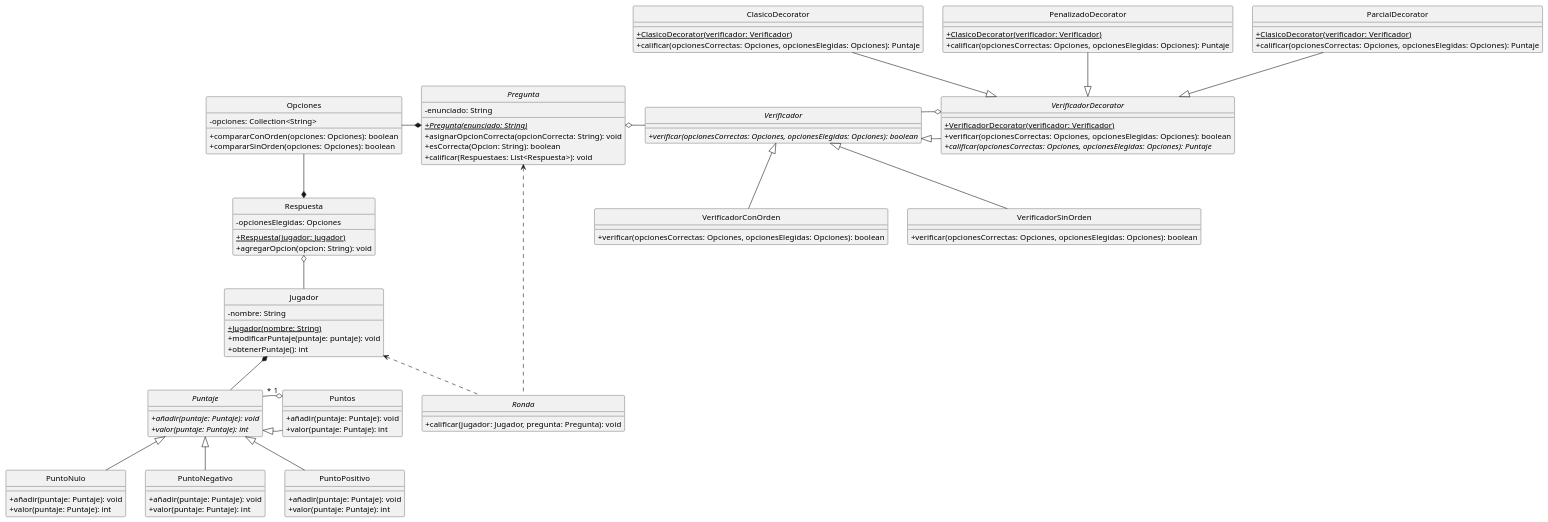
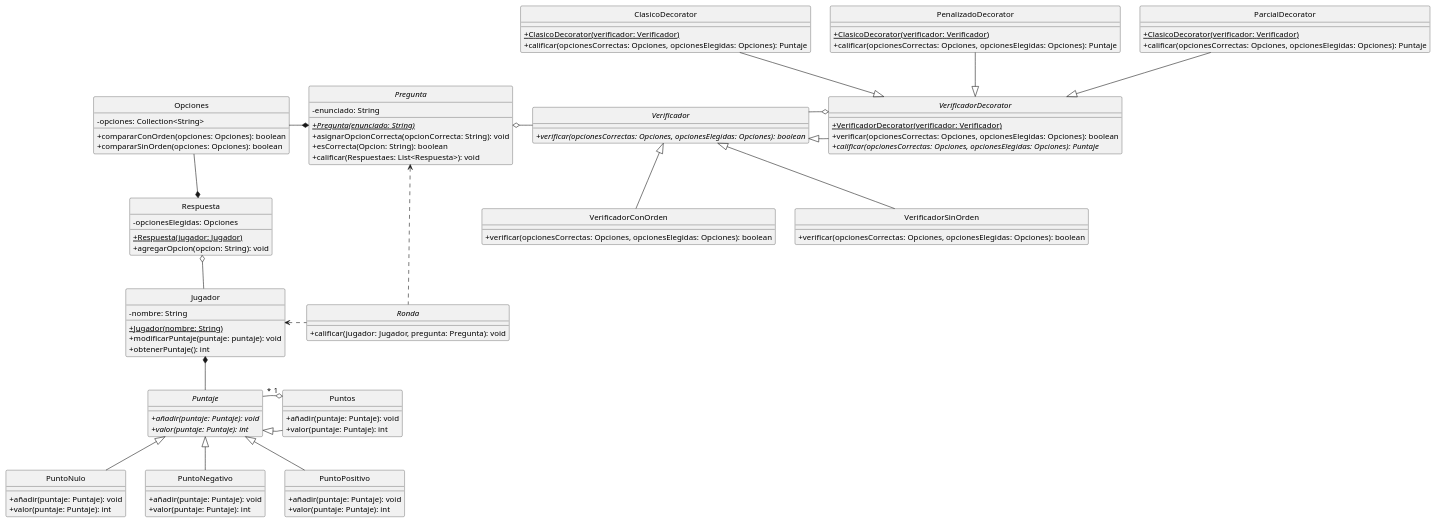
The diagram in src/main/java/edu/fiuba/algo3/modelo/diagramas/ModeloPosibleRefactorizacion.puml (AmayaSantos/TP2-1), drawn with PlantUML before and after one commit.

Commit message:
un detalle en el DC

```diff
--- a/src/main/java/edu/fiuba/algo3/modelo/diagramas/ModeloPosibleRefactorizacion.puml
+++ b/src/main/java/edu/fiuba/algo3/modelo/diagramas/ModeloPosibleRefactorizacion.puml
@@ -1,116 +1,116 @@
 @startuml
 hide circle
 skinparam classAttributeIconSize 0
 
 'Clases
 Class Opciones{
     -opciones: Collection<String>
     +compararConOrden(opciones: Opciones): boolean
     +compararSinOrden(opciones: Opciones): boolean
 }
 
 Abstract Class Pregunta{
     -enunciado: String
     +{abstract}{static}Pregunta(enunciado: String)
     +asignarOpcionCorrecta(opcionCorrecta: String): void
     +esCorrecta(Opcion: String): boolean
     +calificar(Respuestaes: List<Respuesta>): void
 }
 
 Class Respuesta{
     -opcionesElegidas: Opciones
     +{static}Respuesta(jugador: Jugador)
     +agregarOpcion(opcion: String): void
 }
 
 Class Jugador{
     -nombre: String
     +{Static}Jugador(nombre: String)
     +modificarPuntaje(puntaje: puntaje): void
     +obtenerPuntaje(): int
 }
 
 Abstract Class Puntaje{
     +{abstract}añadir(puntaje: Puntaje): void
     +{abstract}valor(puntaje: Puntaje): int
 }
 
 Class Puntos{
     +añadir(puntaje: Puntaje): void
     +valor(puntaje: Puntaje): int
 }
 
 Class PuntoNulo{
     +añadir(puntaje: Puntaje): void
     +valor(puntaje: Puntaje): int
 }
 
 Class PuntoNegativo{
     +añadir(puntaje: Puntaje): void
     +valor(puntaje: Puntaje): int
 }
 
 Class PuntoPositivo{
     +añadir(puntaje: Puntaje): void
     +valor(puntaje: Puntaje): int
 }
 
 Interface Verificador{
     +{abstract}verificar(opcionesCorrectas: Opciones, opcionesElegidas: Opciones): boolean
 }
 
 Class VerificadorConOrden{
     +verificar(opcionesCorrectas: Opciones, opcionesElegidas: Opciones): boolean
 }
 
 Class VerificadorSinOrden{
     +verificar(opcionesCorrectas: Opciones, opcionesElegidas: Opciones): boolean
 }
 
 Abstract Class VerificadorDecorator{
     +{Static}VerificadorDecorator(verificador: Verificador)
     +verificar(opcionesCorrectas: Opciones, opcionesElegidas: Opciones): boolean
     +{abstract}calificar(opcionesCorrectas: Opciones, opcionesElegidas: Opciones): Puntaje
 }
 
 Class ClasicoDecorator{
     +{Static}ClasicoDecorator(verificador: Verificador)
     +calificar(opcionesCorrectas: Opciones, opcionesElegidas: Opciones): Puntaje
 }
 
 Class PenalizadoDecorator{
     +{Static}ClasicoDecorator(verificador: Verificador)
     +calificar(opcionesCorrectas: Opciones, opcionesElegidas: Opciones): Puntaje
 }
 
 Class ParcialDecorator{
     +{Static}ClasicoDecorator(verificador: Verificador)
     +calificar(opcionesCorrectas: Opciones, opcionesElegidas: Opciones): Puntaje
 }
 
 Abstract Class Ronda{
     +calificar(jugador: Jugador, pregunta: Pregunta): void
 }
 
 'Relaciones
 Respuesta o-- Jugador
 Pregunta *-left- Opciones
 Respuesta *-up- Opciones
 PuntoNegativo -up-|> Puntaje
 PuntoNulo -up-|> Puntaje
 PuntoPositivo -up-|> Puntaje
 Puntos -left-|> Puntaje
 Puntos "1" o-left- "*" Puntaje
 Jugador *-- Puntaje
 Pregunta o-right- Verificador
 VerificadorDecorator -left-|> Verificador
 VerificadorDecorator o-left- Verificador
 VerificadorSinOrden -up-|> Verificador
 VerificadorConOrden -up-|> Verificador
 ClasicoDecorator --|> VerificadorDecorator
 PenalizadoDecorator --|> VerificadorDecorator
 ParcialDecorator --|> VerificadorDecorator
-Ronda .up.> Jugador
+Ronda .left.> Jugador
 Ronda .left.> Pregunta
 
 @enduml
```
